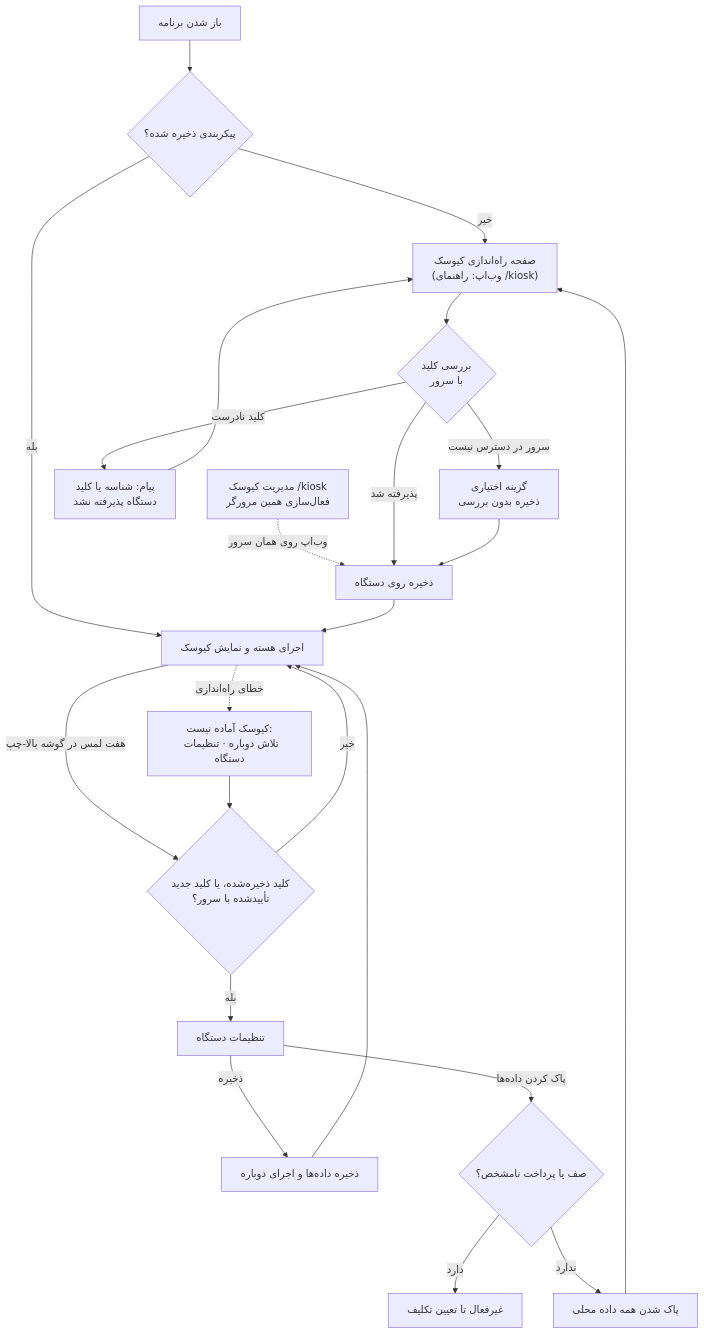
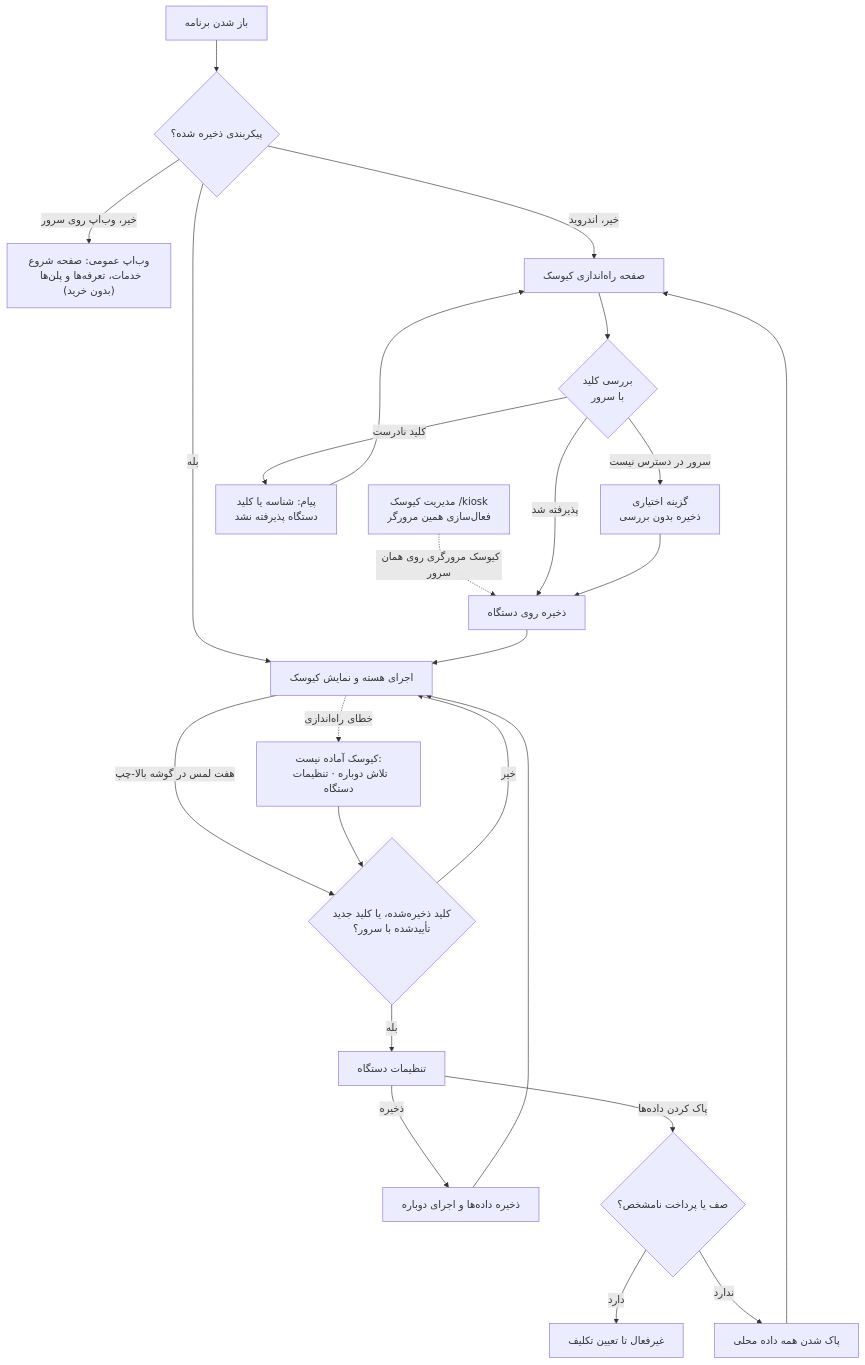
Before and after one commit to daneshavaran123-lab/andishkadeh: the ninth of 10 diagrams in README.md, drawn with Mermaid. The commit also changed other lines of this file and 46 other files, not shown here.

````diff
--- a/README.md
+++ b/README.md
@@ -348,20 +348,21 @@
 ```mermaid
 flowchart TD
   O["باز شدن برنامه"] --> Q{"پیکربندی ذخیره شده؟"}
-  Q -- "خیر" --> S["صفحه راه‌اندازی کیوسک<br/>(وب‌اپ: راهنمای /kiosk)"]
-  K["مدیریت کیوسک /kiosk<br/>فعال‌سازی همین مرورگر"] -. "وب‌اپ روی همان سرور" .-> SAVE
+  Q -- "خیر، وب‌اپ روی سرور" --> PUB["وب‌اپ عمومی: صفحه شروع<br/>خدمات، تعرفه‌ها و پلن‌ها (بدون خرید)"]
+  Q -- "خیر، اندروید" --> S["صفحه راه‌اندازی کیوسک"]
+  K["مدیریت کیوسک /kiosk<br/>فعال‌سازی همین مرورگر"] -. "کیوسک مرورگری روی همان سرور" .-> SAVE
   S --> V{"بررسی کلید<br/>با سرور"}
   V -- "پذیرفته شد" --> SAVE["ذخیره روی دستگاه"]
   V -- "کلید نادرست" --> E1["پیام: شناسه یا کلید<br/>دستگاه پذیرفته نشد"] --> S
   V -- "سرور در دسترس نیست" --> E2["گزینه اختیاری<br/>ذخیره بدون بررسی"] --> SAVE
   Q -- "بله" --> RUN
   SAVE --> RUN["اجرای هسته و نمایش کیوسک"]
   RUN -- "هفت لمس در گوشه بالا-چپ" --> G{"کلید ذخیره‌شده، یا کلید جدید<br/>تأییدشده با سرور؟"}
   RUN -. "خطای راه‌اندازی" .-> ERR["کیوسک آماده نیست:<br/>تلاش دوباره · تنظیمات دستگاه"] --> G
   G -- "خیر" --> RUN
   G -- "بله" --> SET["تنظیمات دستگاه"]
   SET -- "ذخیره" --> RL["ذخیره داده‌ها و اجرای دوباره"] --> RUN
   SET -- "پاک کردن داده‌ها" --> CHK{"صف یا پرداخت نامشخص؟"}
   CHK -- "دارد" --> BLK["غیرفعال تا تعیین تکلیف"]
   CHK -- "ندارد" --> WIPE["پاک شدن همه داده محلی"] --> S
 ```
````
